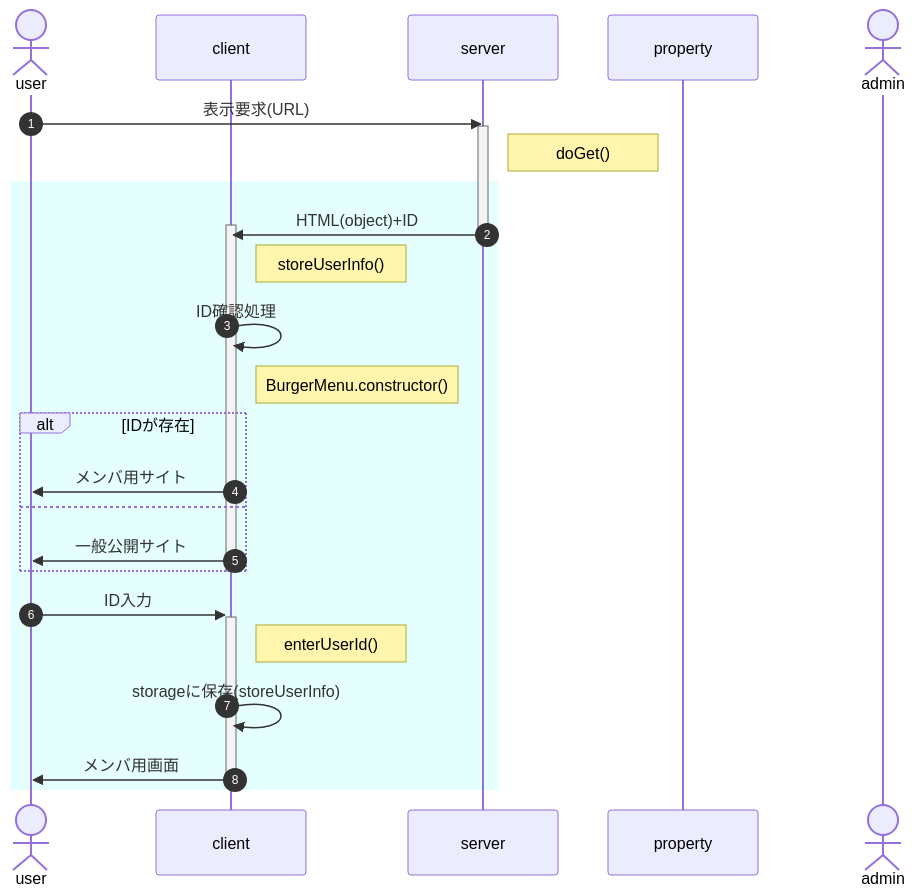
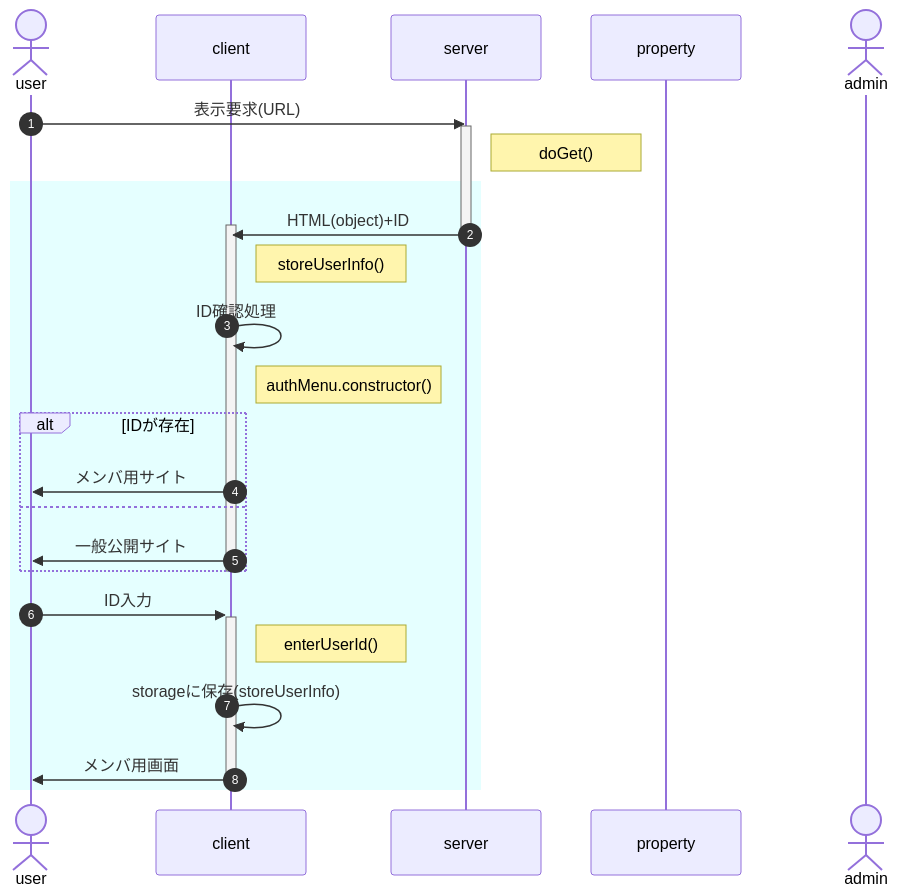
The diagram in authMenu/1.0.0/doc/onload.md (nakaone/library), drawn with Mermaid before and after one commit. The commit also changed other lines of this file and 26 other files, not shown here.

````diff
--- a/authMenu/1.0.0/doc/onload.md
+++ b/authMenu/1.0.0/doc/onload.md
@@ -3,32 +3,32 @@
 ```mermaid
 sequenceDiagram
   autonumber
   actor user
   participant client
   participant server
   participant property
   actor admin
 
   user ->> server : 表示要求(URL)
   activate server
   Note right of server : doGet()
   rect rgba(0, 255, 255, 0.1)
     server ->> client : HTML(object)+ID
     activate client
     deactivate server
     Note right of client : storeUserInfo()
     client ->> client : ID確認処理
-    Note right of client : BurgerMenu.constructor()
+    Note right of client : authMenu.constructor()
     alt IDが存在
       client ->> user : メンバ用サイト
     else
       client ->> user : 一般公開サイト
     end
     deactivate client
 
     user ->>+ client : ID入力
     Note right of client : enterUserId()
     client ->> client : storageに保存(storeUserInfo)
     client ->>- user : メンバ用画面
   end
 ```
````
